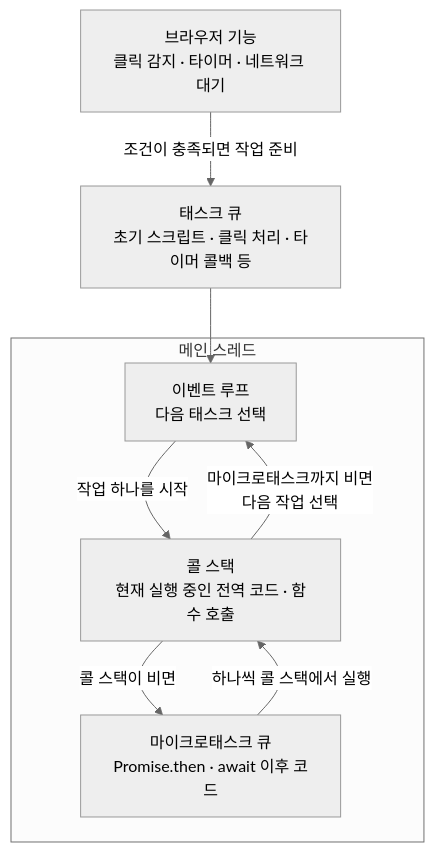
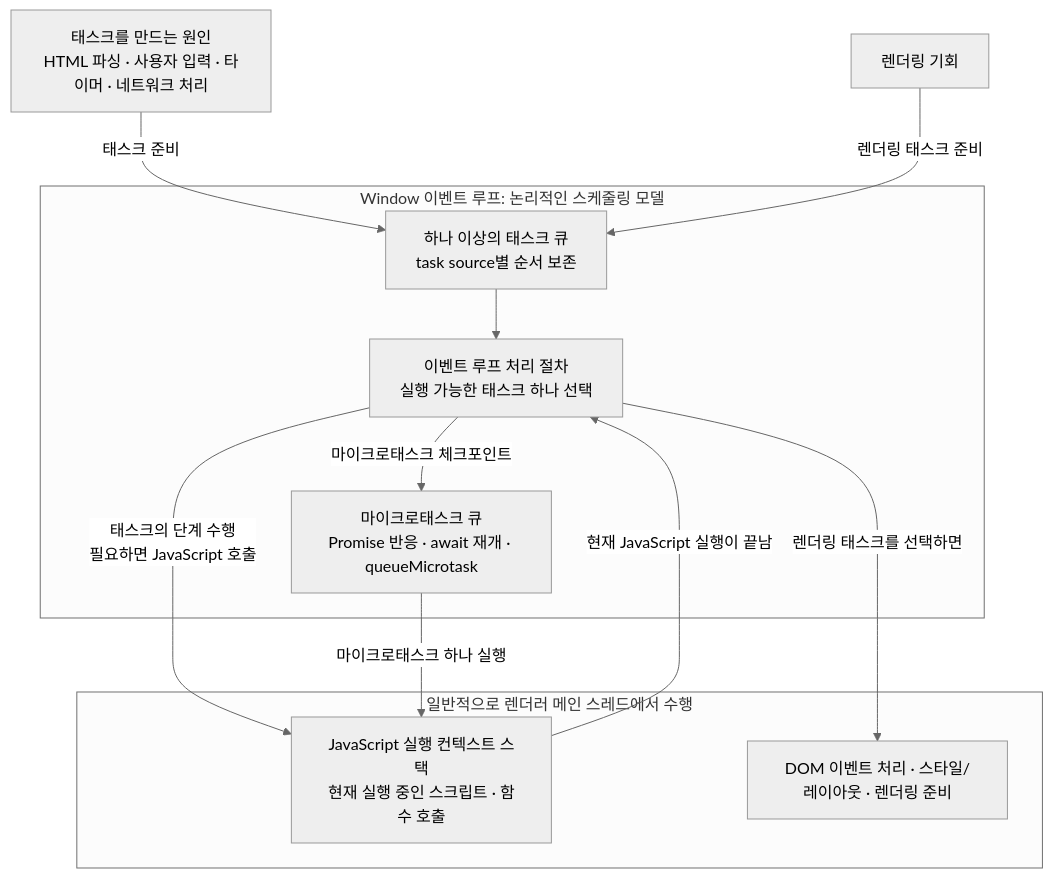
Before and after one commit to lee-gimoon/futures-paper-trading: the first of 2 diagrams in docs/frontend-study/06-main-thread-call-stack-and-event-loop.md, drawn with Mermaid (neutral theme). The commit also changed other lines of this file, not shown here.

Commit message:
docs: clarify browser JavaScript execution model

````diff
--- a/docs/frontend-study/06-main-thread-call-stack-and-event-loop.md
+++ b/docs/frontend-study/06-main-thread-call-stack-and-event-loop.md
@@ -7,18 +13,25 @@
 ```mermaid
 flowchart TB
-  API["브라우저 기능<br/>클릭 감지 · 타이머 · 네트워크 대기"]
-  TQ["태스크 큐<br/>초기 스크립트 · 클릭 처리 · 타이머 콜백 등"]
+  SRC["태스크를 만드는 원인<br/>HTML 파싱 · 사용자 입력 · 타이머 · 네트워크 처리"]
+  RO["렌더링 기회"]
 
-  subgraph MT["메인 스레드"]
-    EL["이벤트 루프<br/>다음 태스크 선택"]
-    CS["콜 스택<br/>현재 실행 중인 전역 코드 · 함수 호출"]
-    MQ["마이크로태스크 큐<br/>Promise.then · await 이후 코드"]
+  subgraph LOOP["Window 이벤트 루프: 논리적인 스케줄링 모델"]
+    TQ["하나 이상의 태스크 큐<br/>task source별 순서 보존"]
+    EL["이벤트 루프 처리 절차<br/>실행 가능한 태스크 하나 선택"]
+    MQ["마이크로태스크 큐<br/>Promise 반응 · await 재개 · queueMicrotask"]
   end
 
-  API -->|"조건이 충족되면 작업 준비"| TQ
+  subgraph MAIN["일반적으로 렌더러 메인 스레드에서 수행"]
+    CS["JavaScript 실행 컨텍스트 스택<br/>현재 실행 중인 스크립트 · 함수 호출"]
+    UI["DOM 이벤트 처리 · 스타일/레이아웃 · 렌더링 준비"]
+  end
+
+  SRC -->|"태스크 준비"| TQ
+  RO -->|"렌더링 태스크 준비"| TQ
   TQ --> EL
-  EL -->|"작업 하나를 시작"| CS
-  CS -->|"콜 스택이 비면"| MQ
-  MQ -->|"하나씩 콜 스택에서 실행"| CS
-  CS -->|"마이크로태스크까지 비면<br/>다음 작업 선택"| EL
+  EL -->|"태스크의 단계 수행<br/>필요하면 JavaScript 호출"| CS
+  CS -->|"현재 JavaScript 실행이 끝남"| EL
+  EL -->|"마이크로태스크 체크포인트"| MQ
+  MQ -->|"마이크로태스크 하나 실행"| CS
+  EL -->|"렌더링 태스크를 선택하면"| UI
 ```
````
